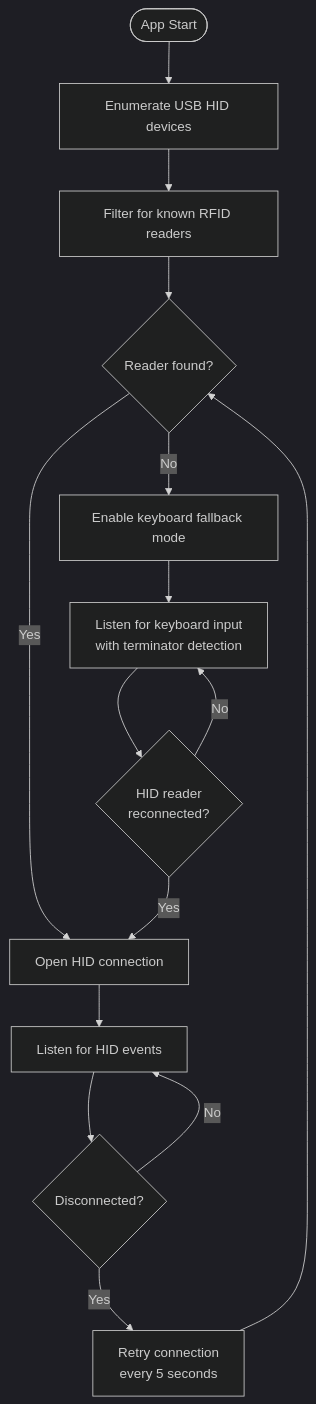
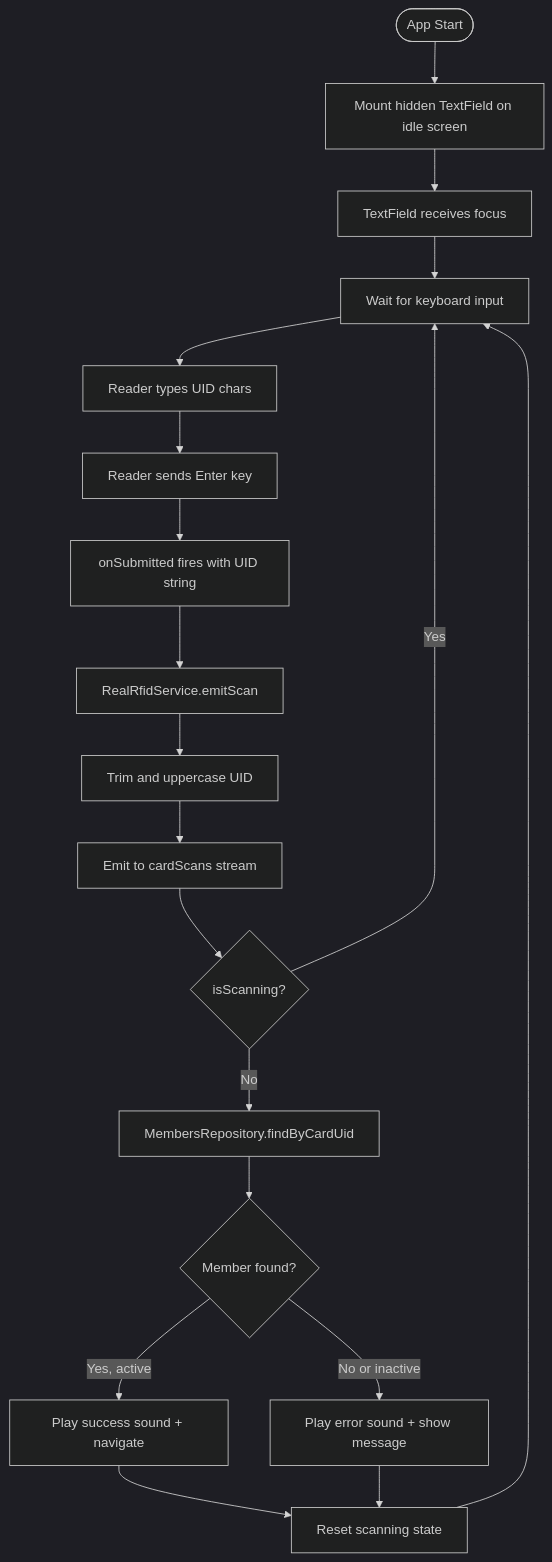
One commit to dgloeckner/clubbar changed the second of 2 diagrams in adr/0014-rfid-scanning-integration.md. Above: the diagram before and after it, drawn with Mermaid (dark theme). The commit also changed other lines of this file, not shown here.

Commit message:
docs: update ADR-0014 to reflect Flutter keyboard emulation approach

````diff
--- a/adr/0014-rfid-scanning-integration.md
+++ b/adr/0014-rfid-scanning-integration.md
@@ -110,22 +111,26 @@
 ```mermaid
 flowchart TD
-    Start([App Start]) --> Enumerate[Enumerate USB HID devices]
-    Enumerate --> Filter[Filter for known RFID readers]
-    Filter --> Found{Reader found?}
+    Start([App Start]) --> Mount[Mount hidden TextField on idle screen]
+    Mount --> Focus[TextField receives focus]
+    Focus --> Wait[Wait for keyboard input]
 
-    Found -->|Yes| Connect[Open HID connection]
-    Found -->|No| Fallback[Enable keyboard fallback mode]
+    Wait --> Keystroke[Reader types UID chars]
+    Keystroke --> Enter[Reader sends Enter key]
+    Enter --> Submit[onSubmitted fires with UID string]
 
-    Connect --> Listen[Listen for HID events]
-    Listen --> Disconnected{Disconnected?}
+    Submit --> Emit[RealRfidService.emitScan]
+    Emit --> Normalize[Trim and uppercase UID]
+    Normalize --> Stream[Emit to cardScans stream]
 
-    Disconnected -->|Yes| Retry[Retry connection<br/>every 5 seconds]
-    Retry --> Found
+    Stream --> Scanning{isScanning?}
+    Scanning -->|Yes| Wait
+    Scanning -->|No| Lookup[MembersRepository.findByCardUid]
 
-    Disconnected -->|No| Listen
+    Lookup --> Found{Member found?}
+    Found -->|Yes, active| Success[Play success sound + navigate]
+    Found -->|No or inactive| Error[Play error sound + show message]
 
-    Fallback --> KeyboardListen[Listen for keyboard input<br/>with terminator detection]
-    KeyboardListen --> Disconnected2{HID reader<br/>reconnected?}
-    Disconnected2 -->|Yes| Connect
-    Disconnected2 -->|No| KeyboardListen
+    Success --> Reset[Reset scanning state]
+    Error --> Reset
+    Reset --> Wait
 ```
````
